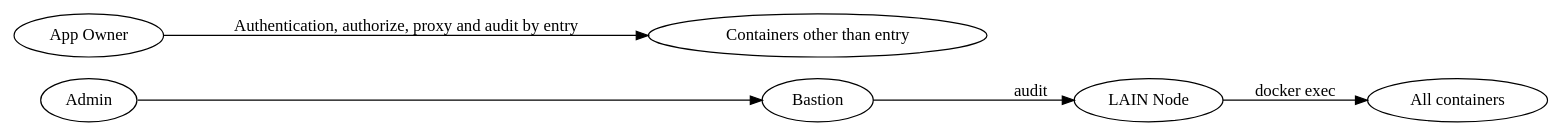
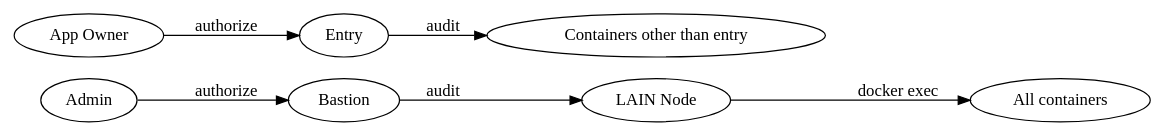
One commit to laincloud/entry changed the diagram in docs/figures/audit.dot. Above: the diagram before and after it, drawn with Graphviz. The commit also changed 3 other files, not shown here.

```diff
--- a/docs/figures/audit.dot
+++ b/docs/figures/audit.dot
@@ -1,16 +1,18 @@
 digraph G {
   rankdir=LR;
 
   lainAdmin [label="Admin"];
   bastion [label="Bastion"];
   lainNode [label="LAIN Node"];
   allContainers [label="All containers"];
   appOwner [label="App Owner"]
+  entry [label="Entry"]
   ordinaryContainers [label="Containers other than entry"]
 
-  lainAdmin -> bastion;
+  lainAdmin -> bastion [label="authorize"];
   bastion -> lainNode [label="audit"];
   lainNode -> allContainers [label="docker exec"];
 
-  appOwner -> ordinaryContainers [label="Authentication, authorize, proxy and audit by entry"];
+  appOwner -> entry [label="authorize"];
+  entry -> ordinaryContainers [label="audit"];
 }
```
